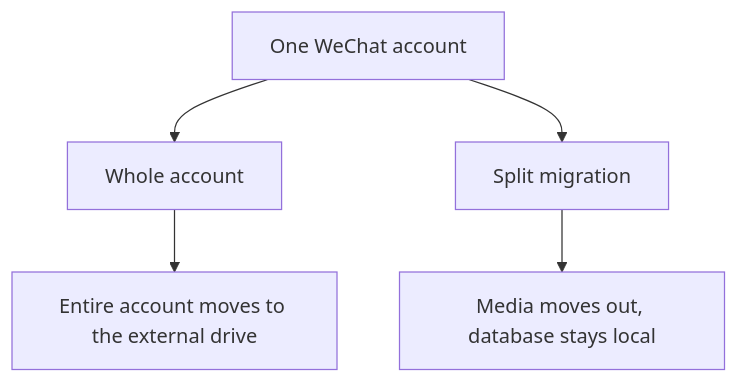
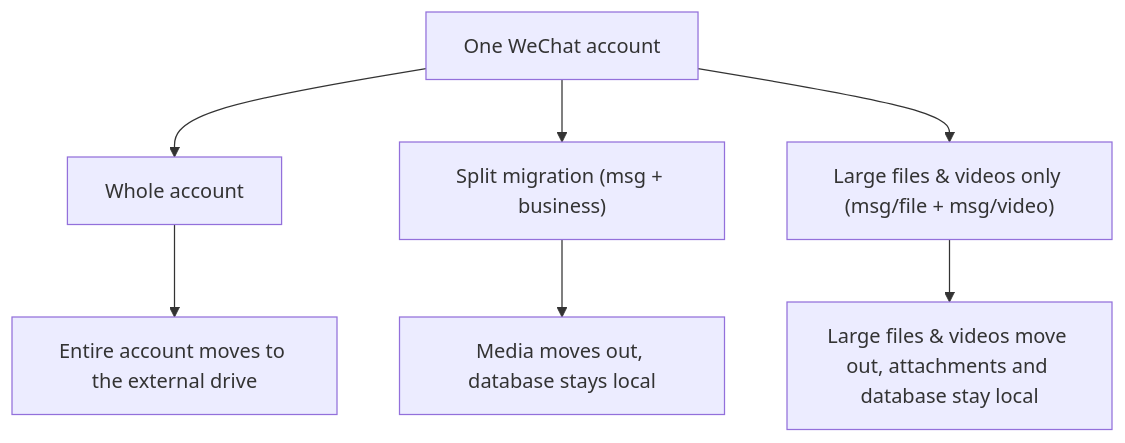
One commit to wzh4869/AppPorts changed the diagram in User_docs/docs/en/datamigrae/operation.md. Above: the diagram before and after it, drawn with Mermaid. The commit also changed other lines of this file and 30 other files, not shown here.

````diff
--- a/User_docs/docs/en/datamigrae/operation.md
+++ b/User_docs/docs/en/datamigrae/operation.md
@@ -68,12 +69,16 @@
 ```mermaid
 flowchart TB
     A["One WeChat account"]
     B["Whole account"]
-    C["Split migration"]
-    D["Entire account moves to the external drive"]
-    E["Media moves out, database stays local"]
+    C["Split migration (msg + business)"]
+    D["Large files & videos only (msg/file + msg/video)"]
+    E["Entire account moves to the external drive"]
+    F["Media moves out, database stays local"]
+    G["Large files & videos move out, attachments and database stay local"]
     A --> B
     A --> C
-    B --> D
-    C --> E
+    A --> D
+    B --> E
+    C --> F
+    D --> G
 ```
````
